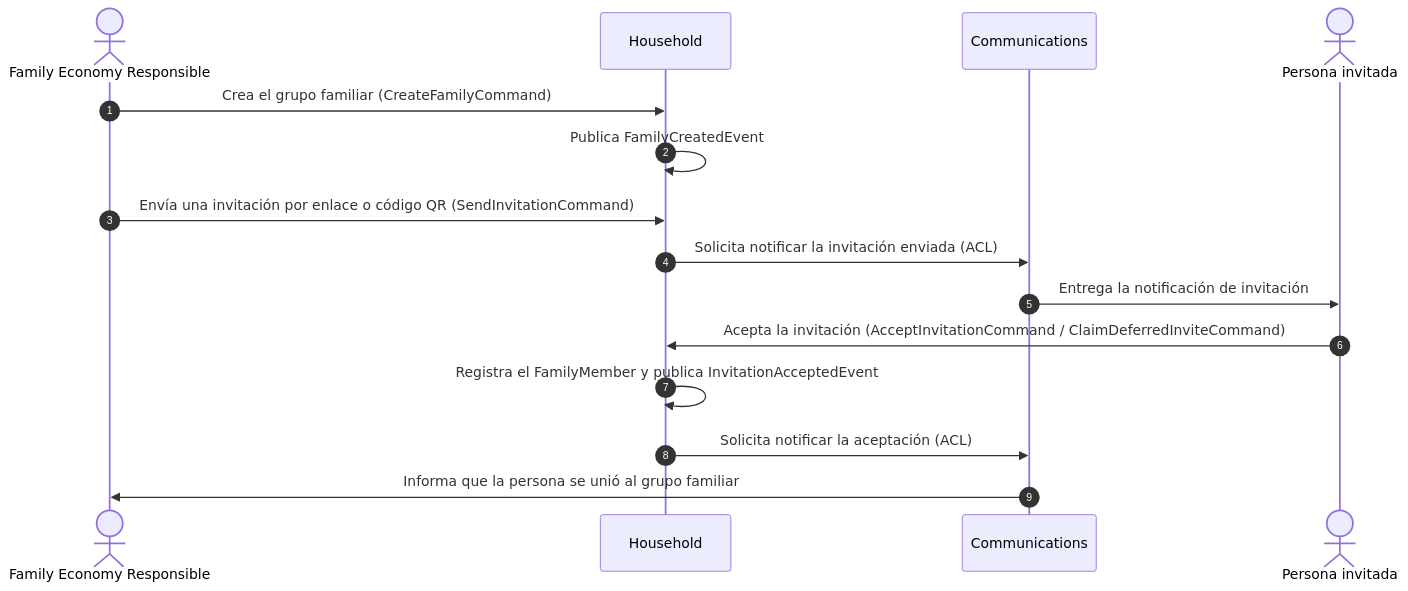
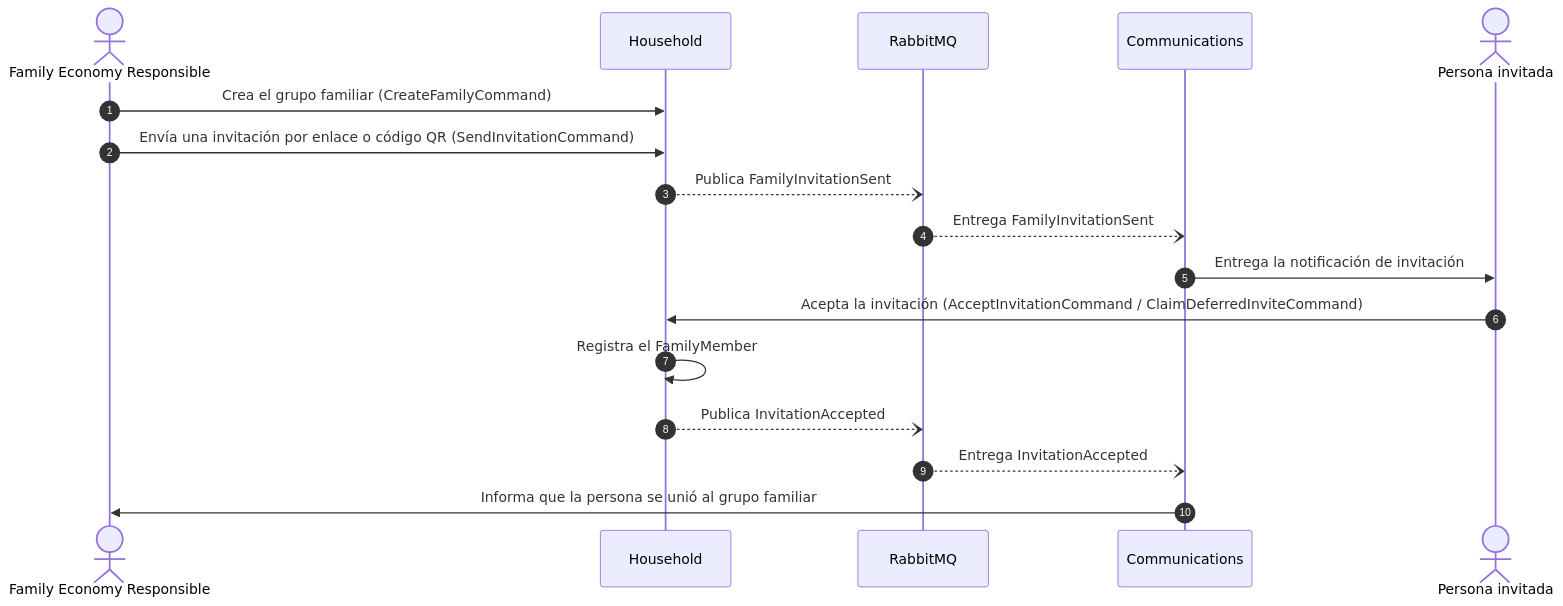
One commit to G3-Arquitectura-de-Software-Emergentes/TF_1ASI0728_202620_TF changed the second of 7 diagrams in docs/04-cha04-strategic-level-software-design.md. Above: the diagram before and after it, drawn with Mermaid. The commit also changed other lines of this file and 18 other files, not shown here.

````diff
--- a/docs/04-cha04-strategic-level-software-design.md
+++ b/docs/04-cha04-strategic-level-software-design.md
@@ -643,17 +674,19 @@
 ```mermaid
 sequenceDiagram
     autonumber
     actor R as Family Economy Responsible
     participant HH as Household
+    participant MQ as RabbitMQ
     participant COM as Communications
     actor I as Persona invitada
     R->>HH: Crea el grupo familiar (CreateFamilyCommand)
-    HH->>HH: Publica FamilyCreatedEvent
     R->>HH: Envía una invitación por enlace o código QR (SendInvitationCommand)
-    HH->>COM: Solicita notificar la invitación enviada (ACL)
+    HH--)MQ: Publica FamilyInvitationSent
+    MQ--)COM: Entrega FamilyInvitationSent
     COM->>I: Entrega la notificación de invitación
     I->>HH: Acepta la invitación (AcceptInvitationCommand / ClaimDeferredInviteCommand)
-    HH->>HH: Registra el FamilyMember y publica InvitationAcceptedEvent
-    HH->>COM: Solicita notificar la aceptación (ACL)
+    HH->>HH: Registra el FamilyMember
+    HH--)MQ: Publica InvitationAccepted
+    MQ--)COM: Entrega InvitationAccepted
     COM->>R: Informa que la persona se unió al grupo familiar
 ```
````
